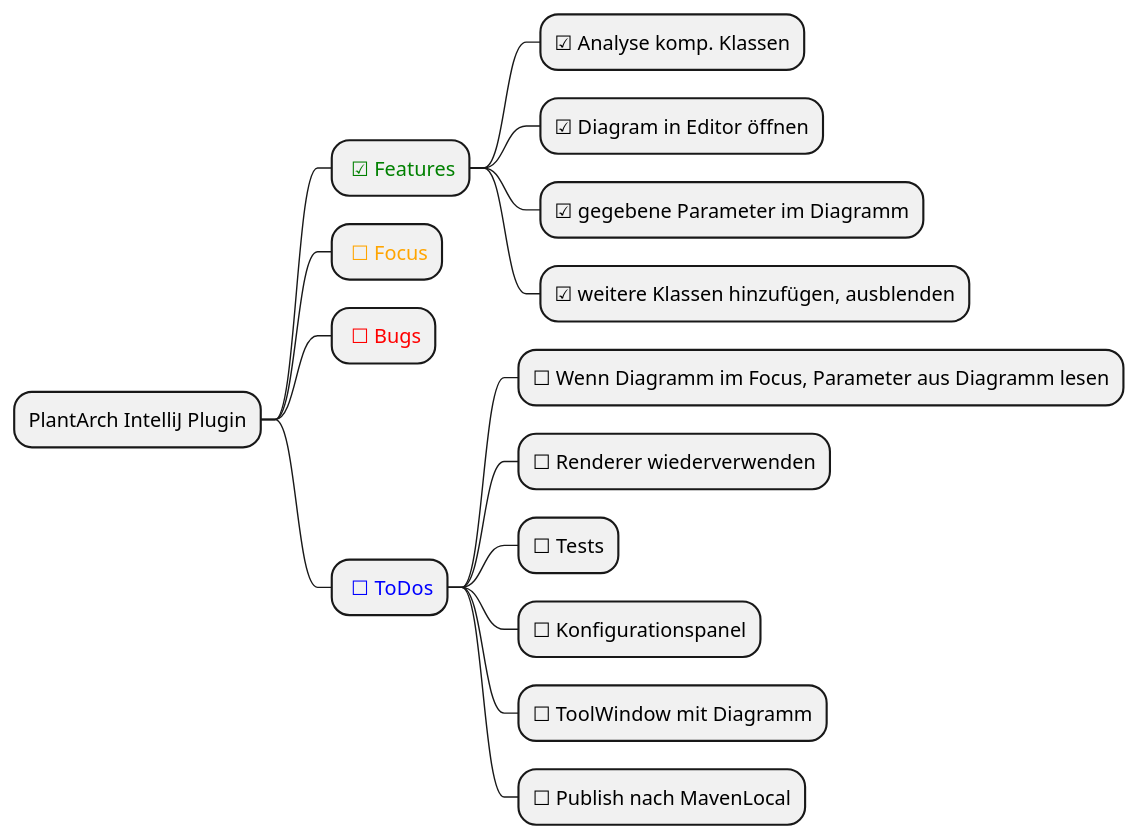
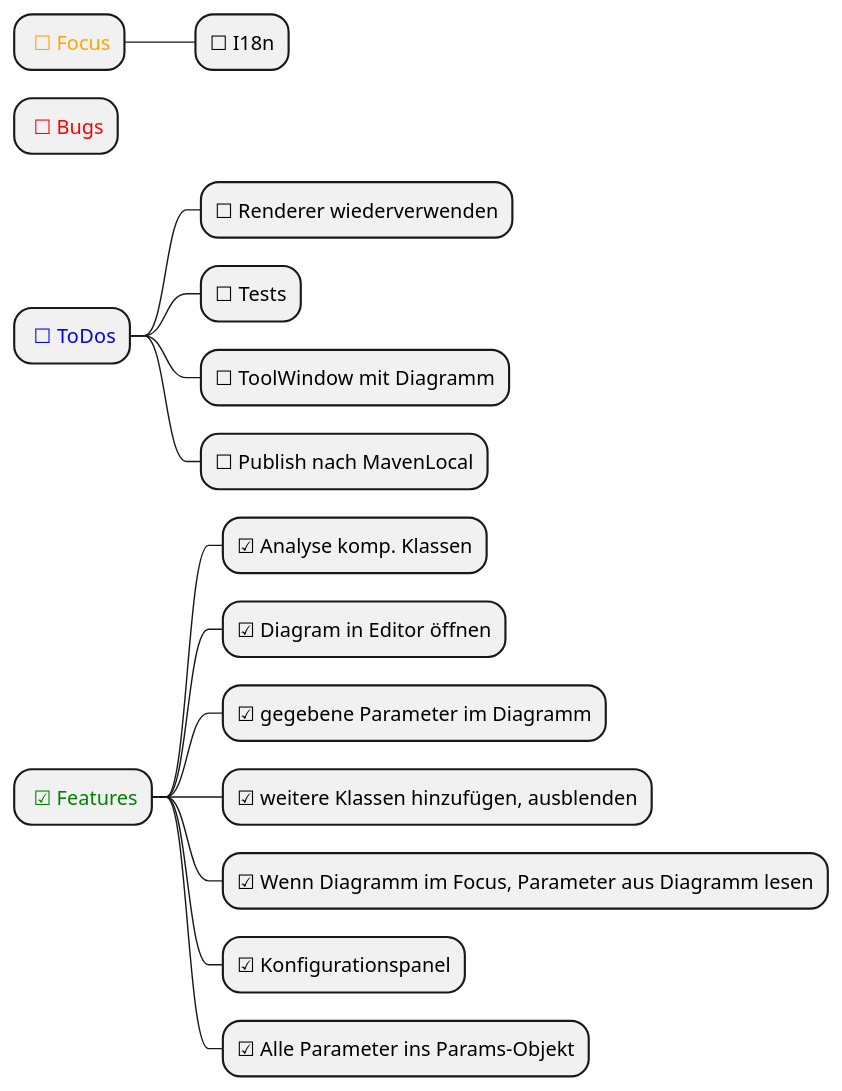
One commit to MrDolch/plantarch-intellij-plugin changed the diagram in docs/DevGuideRail.puml. Above: the diagram before and after it, drawn with PlantUML. The commit also changed 8 other files, not shown here.

```diff
--- a/docs/DevGuideRail.puml
+++ b/docs/DevGuideRail.puml
@@ -1,20 +1,24 @@
 @startmindmap
 skinparam monochrome false
 
-+ PlantArch IntelliJ Plugin
-++ <color:green> ☑ Features
-+++ ☑ Analyse komp. Klassen
-+++ ☑ Diagram in Editor öffnen
-+++ ☑ gegebene Parameter im Diagramm
-+++ ☑ weitere Klassen hinzufügen, ausblenden
-++ <color:orange> ☐ Focus
-++ <color:red> ☐ Bugs
-++ <color:blue> ☐ ToDos
-+++ ☐ Wenn Diagramm im Focus, Parameter aus Diagramm lesen
-+++ ☐ Renderer wiederverwenden
-+++ ☐ Tests
-+++ ☐ Konfigurationspanel
-+++ ☐ ToolWindow mit Diagramm
-+++ ☐ Publish nach MavenLocal
+* <color:orange> ☐ Focus
+** ☐ I18n
+
+* <color:red> ☐ Bugs
+
+* <color:blue> ☐ ToDos
+** ☐ Renderer wiederverwenden
+** ☐ Tests
+** ☐ ToolWindow mit Diagramm
+** ☐ Publish nach MavenLocal
+
+* <color:green> ☑ Features
+** ☑ Analyse komp. Klassen
+** ☑ Diagram in Editor öffnen
+** ☑ gegebene Parameter im Diagramm
+** ☑ weitere Klassen hinzufügen, ausblenden
+** ☑ Wenn Diagramm im Focus, Parameter aus Diagramm lesen
+** ☑ Konfigurationspanel
+** ☑ Alle Parameter ins Params-Objekt
 
 @endmindmap
```
